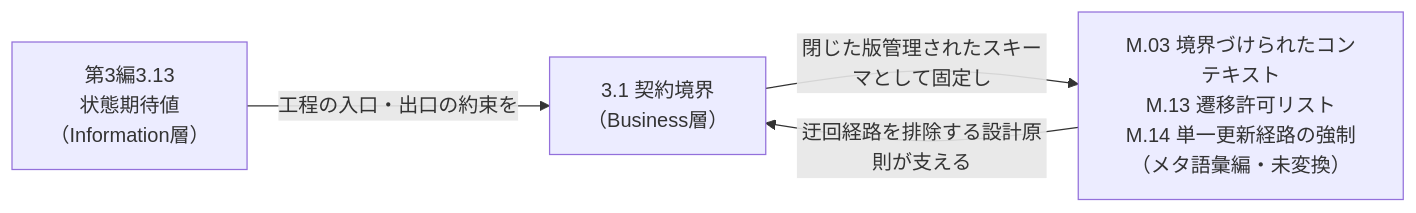
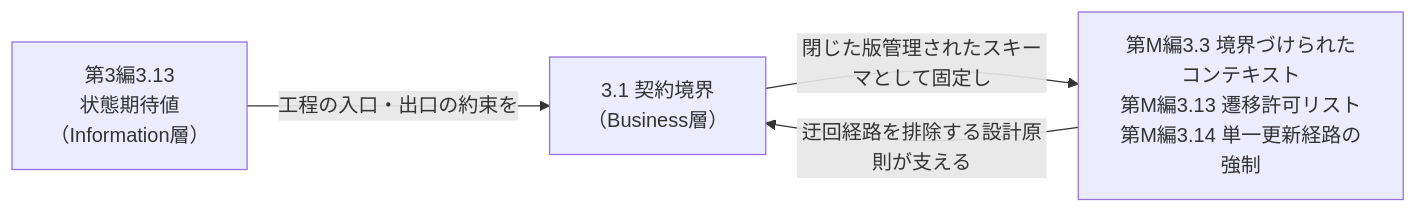
The first of 2 diagrams in pilot/part5-business.md (yuubae215/my-dictionary), drawn with Mermaid before and after one commit. The commit also changed other lines of this file and 8 other files, not shown here.

````diff
--- a/pilot/part5-business.md
+++ b/pilot/part5-business.md
@@ -28,10 +28,10 @@
 ```mermaid
 flowchart LR
     SE["第3編3.13<br/>状態期待値<br/>（Information層）"]
     CB["3.1 契約境界<br/>（Business層）"]
-    META["M.03 境界づけられたコンテキスト<br/>M.13 遷移許可リスト<br/>M.14 単一更新経路の強制<br/>（メタ語彙編・未変換）"]
+    META["第M編3.3 境界づけられたコンテキスト<br/>第M編3.13 遷移許可リスト<br/>第M編3.14 単一更新経路の強制"]
 
     SE -->|"工程の入口・出口の約束を"| CB
     CB -->|"閉じた版管理されたスキーマとして固定し"| META
     META -->|"迂回経路を排除する設計原則が支える"| CB
 ```
````
